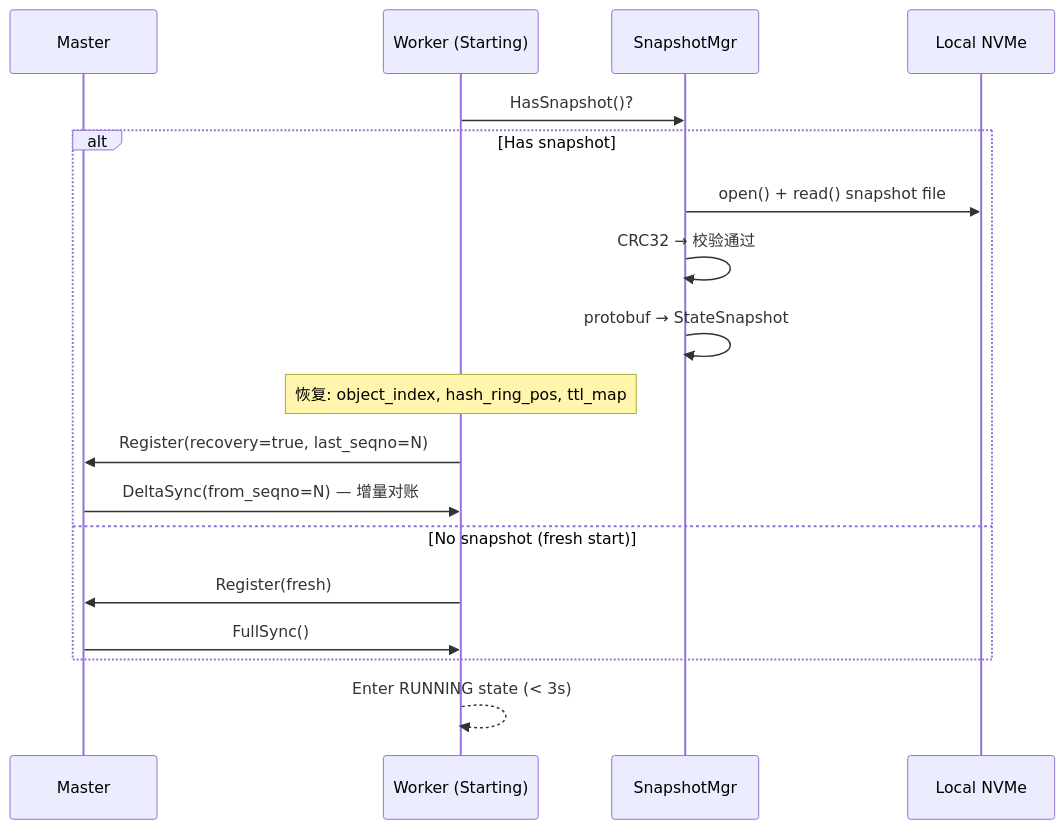
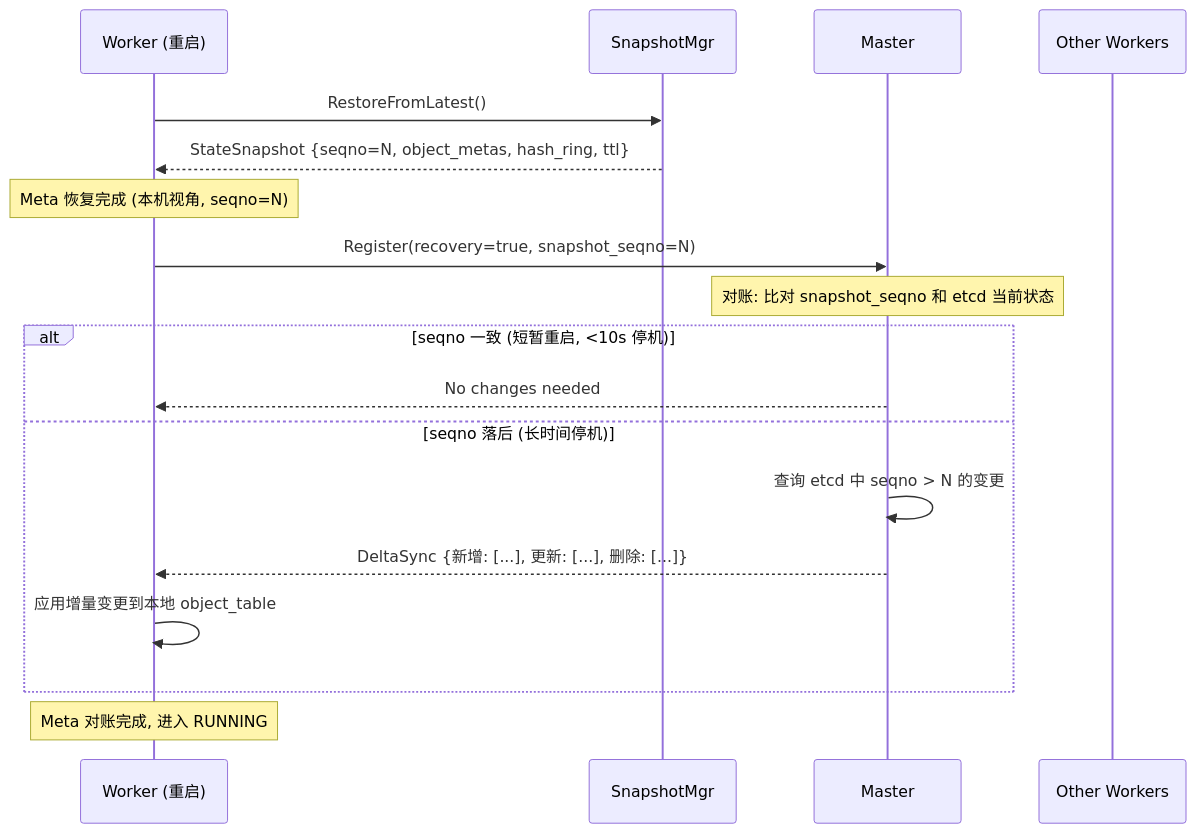
Before and after one commit to CheYulin/yuanrong-datasystem-agent-workbench: the third of 5 diagrams in rfc/2026-05-rolling-upgrade-inplace-recovery/design.md, drawn with Mermaid. The commit also changed other lines of this file, not shown here.

First line of the commit message:
refactor(RFC1): separate recovery into Meta/Data/State with reconciliation

````diff
--- a/rfc/2026-05-rolling-upgrade-inplace-recovery/design.md
+++ b/rfc/2026-05-rolling-upgrade-inplace-recovery/design.md
@@ -210,21 +226,26 @@
 ```mermaid
 sequenceDiagram
+    participant Worker as Worker (重启)
+    participant SnapshotMgr
     participant Master
-    participant Worker as Worker (Starting)
-    participant SnapshotMgr
-    participant NVMe as Local NVMe
+    participant Peer as Other Workers
     
-    Worker->>SnapshotMgr: HasSnapshot()?
-    alt Has snapshot
-        SnapshotMgr->>NVMe: open() + read() snapshot file
-        SnapshotMgr->>SnapshotMgr: CRC32 → 校验通过
-        SnapshotMgr->>SnapshotMgr: protobuf → StateSnapshot
-        Note over Worker: 恢复: object_index, hash_ring_pos, ttl_map
-        Worker->>Master: Register(recovery=true, last_seqno=N)
-        Master->>Worker: DeltaSync(from_seqno=N) — 增量对账
-    else No snapshot (fresh start)
-        Worker->>Master: Register(fresh)
-        Master->>Worker: FullSync()
+    Worker->>SnapshotMgr: RestoreFromLatest()
+    SnapshotMgr-->>Worker: StateSnapshot {seqno=N, object_metas, hash_ring, ttl}
+    
+    Note over Worker: Meta 恢复完成 (本机视角, seqno=N)
+    
+    Worker->>Master: Register(recovery=true, snapshot_seqno=N)
+    
+    Note over Master: 对账: 比对 snapshot_seqno 和 etcd 当前状态
+    
+    alt seqno 一致 (短暂重启, <10s 停机)
+        Master-->>Worker: No changes needed
+    else seqno 落后 (长时间停机)
+        Master->>Master: 查询 etcd 中 seqno > N 的变更
+        Master-->>Worker: DeltaSync {新增: [...], 更新: [...], 删除: [...]}
+        Worker->>Worker: 应用增量变更到本地 object_table
     end
-    Worker-->>Worker: Enter RUNNING state (< 3s)
+    
+    Note over Worker: Meta 对账完成, 进入 RUNNING
 ```
````
